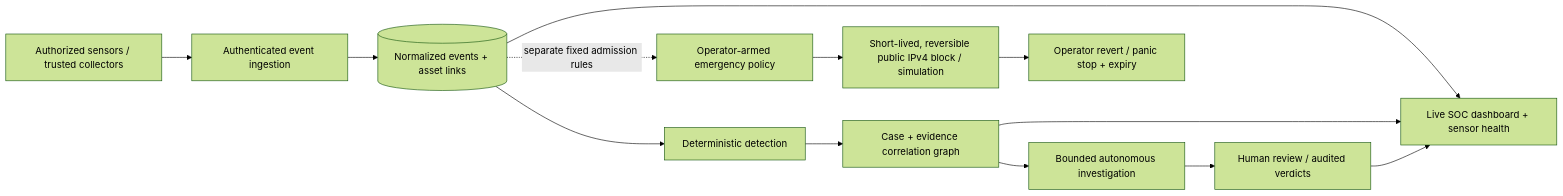
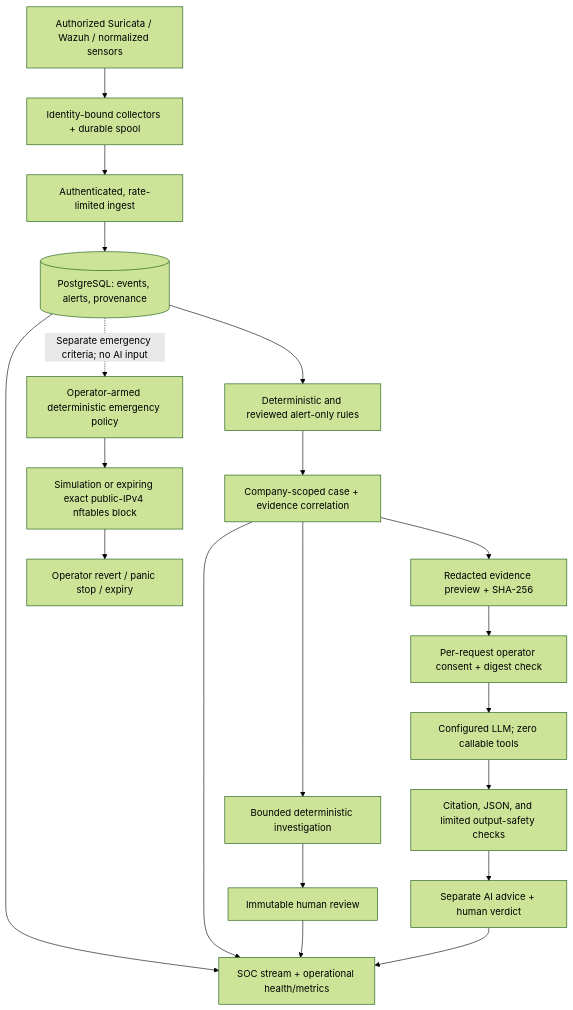
The first of 4 diagrams in README.md (breakingcircuits1337/ARTEX), drawn with Mermaid (forest theme) before and after one commit. The commit also changed other lines of this file and 3 other files, not shown here.

````diff
--- a/README.md
+++ b/README.md
@@ -82,15 +90,22 @@
 ```mermaid
-flowchart LR
-  S["Authorized sensors / trusted collectors"] --> E["Authenticated event ingestion"]
-  E --> DB[("Normalized events + asset links")]
-  DB --> D["Deterministic detection"]
-  D --> C["Case + evidence correlation graph"]
-  C --> I["Bounded autonomous investigation"]
-  I --> H["Human review / audited verdicts"]
-  DB --> SOC["Live SOC dashboard + sensor health"]
+flowchart TB
+  S["Authorized Suricata / Wazuh / normalized sensors"] --> CO["Identity-bound collectors + durable spool"]
+  CO --> E["Authenticated, rate-limited ingest"]
+  E --> DB[("PostgreSQL: events, alerts, provenance")]
+  DB --> D["Deterministic and reviewed alert-only rules"]
+  D --> C["Company-scoped case + evidence correlation"]
+  C --> I["Bounded deterministic investigation"]
+  I --> HR["Immutable human review"]
+  C --> PV["Redacted evidence preview + SHA-256"]
+  PV --> A["Per-request operator consent + digest check"]
+  A --> L["Configured LLM; zero callable tools"]
+  L --> V["Citation, JSON, and limited output-safety checks"]
+  V --> AR["Separate AI advice + human verdict"]
+  DB --> SOC["SOC stream + operational health/metrics"]
   C --> SOC
-  H --> SOC
-  DB -. "separate fixed admission rules" .-> P["Operator-armed emergency policy"]
-  P --> F["Short-lived, reversible public IPv4 block / simulation"]
-  F --> RB["Operator revert / panic stop + expiry"]
+  HR --> SOC
+  AR --> SOC
+  DB -. "Separate emergency criteria; no AI input" .-> ER["Operator-armed deterministic emergency policy"]
+  ER --> NF["Simulation or expiring exact public-IPv4 nftables block"]
+  NF --> RB["Operator revert / panic stop / expiry"]
 ```
````
